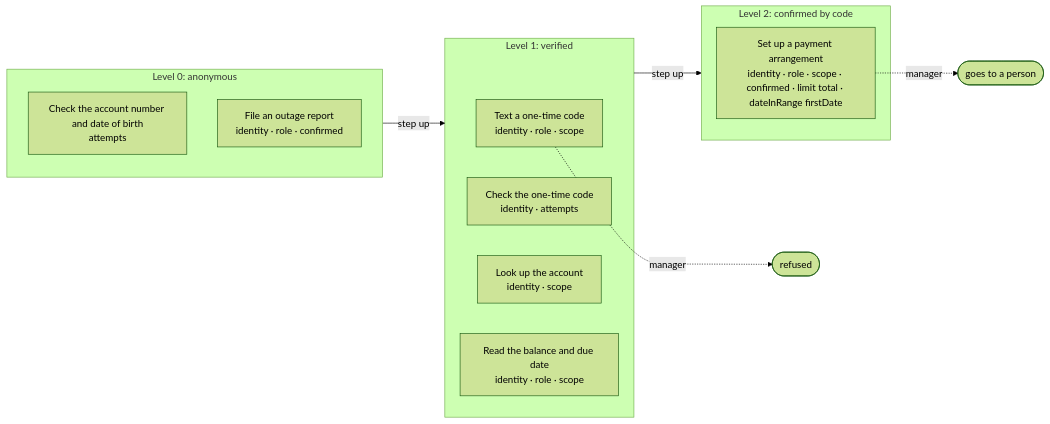
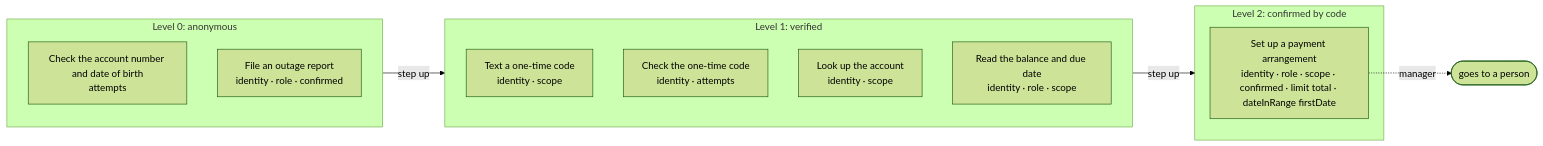
One commit to DialogWright/dialogwright changed the second of 2 diagrams in apps/utility/POLICY.md. Above: the diagram before and after it, drawn with Mermaid (forest theme). The commit also changed other lines of this file and 5 other files, not shown here.

````diff
--- a/apps/utility/POLICY.md
+++ b/apps/utility/POLICY.md
@@ -98,22 +100,20 @@
 ```mermaid
 flowchart LR
   subgraph lv0["Level 0: anonymous"]
     a_verifyCustomer["Check the account number and date of birth<br/>attempts"]
     a_reportOutage["File an outage report<br/>identity · role · confirmed"]
   end
   subgraph lv1["Level 1: verified"]
-    a_sendCode["Text a one-time code<br/>identity · role · scope"]
+    a_sendCode["Text a one-time code<br/>identity · scope"]
     a_verifyCode["Check the one-time code<br/>identity · attempts"]
     a_findAccount["Look up the account<br/>identity · scope"]
     a_readBalance["Read the balance and due date<br/>identity · role · scope"]
   end
   subgraph lv2["Level 2: confirmed by code"]
     a_setUpPlan["Set up a payment arrangement<br/>identity · role · scope · confirmed · limit total · dateInRange firstDate"]
   end
   lv0 -->|"step up"| lv1
   lv1 -->|"step up"| lv2
   person(["goes to a person"])
-  refused(["refused"])
-  a_sendCode -.->|"manager"| refused
   a_setUpPlan -.->|"manager"| person
 ```
````
